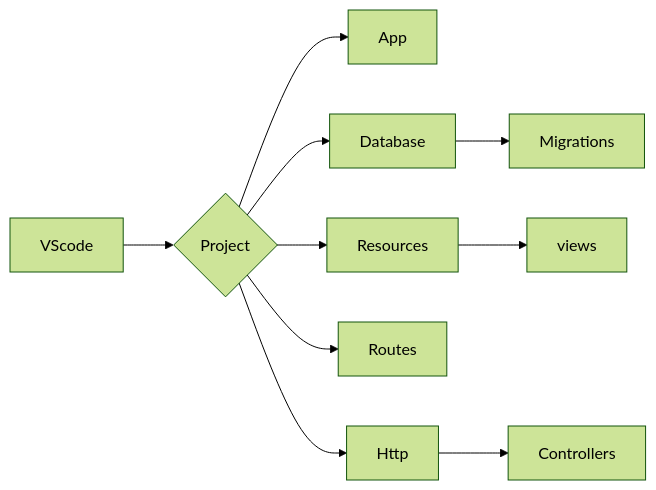
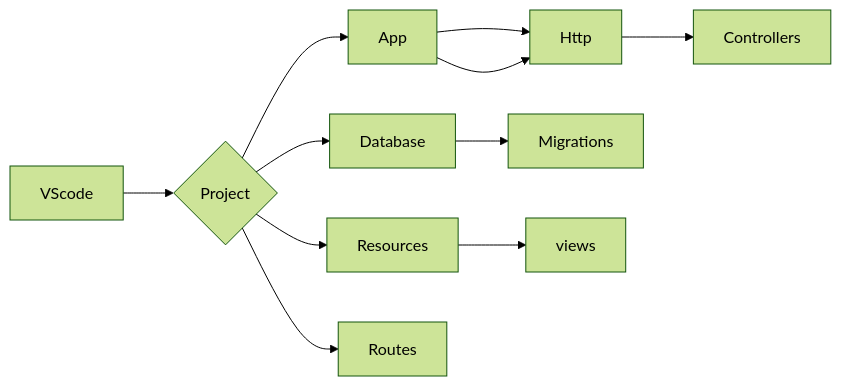
The diagram in readme.md (SauloCandeira/PHP-Laravel), drawn with Mermaid (forest theme) before and after one commit.

````diff
--- a/readme.md
+++ b/readme.md
@@ -19,16 +19,18 @@
 ```mermaid
 flowchart LR
 B[VScode]
 
 B --> C{Project}
 C --> R[App]
 
+R --> L[Http]
+L --> M[Controllers]
+
 C --> P[Database]
 P --> Q[Migrations]
 
 C --> N[Resources]
 N --> O[views]
 C --> K[Routes]
-C --> L[Http]
-L --> M[Controllers]
+R --> L[Http]
 ```
````
